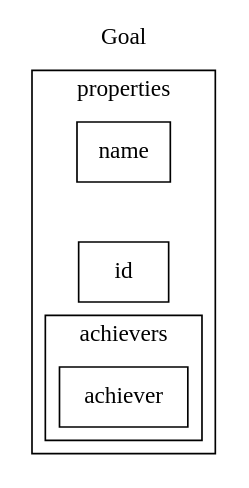
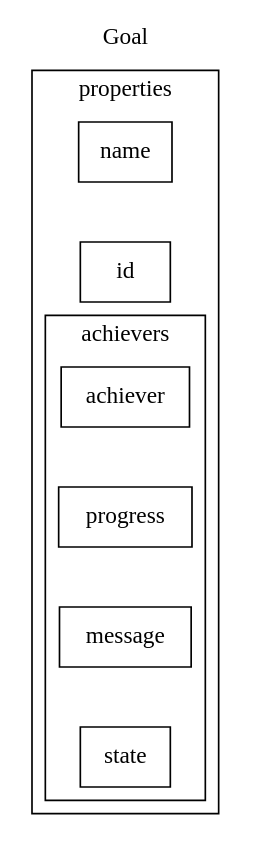
The diagram in design/models/community-goal-tracker/goal.dot (emerson-argueta/postgres-react-golang-template), drawn with Graphviz before and after one commit. The commit also changed 3 other files, not shown here.

```diff
--- a/design/models/community-goal-tracker/goal.dot
+++ b/design/models/community-goal-tracker/goal.dot
@@ -1,16 +1,22 @@
 digraph goal{
     labelloc=t
     label="Goal"
     subgraph cluster_properties{
         label="properties"
         id[shape=rectangle]
         name[shape=rectangle]
         subgraph cluster_acheivers{
             label="achievers"
             achiever[shape=rectangle]
+            progress[shape=rectangle]
+            message[shape=rectangle]
+            state[shape=rectangle]
 
-
+            achiever->
+            progress->
+            message->
+            state[style=invis]
         }
         name->id->achiever[style=invis]
     }
 }
```
